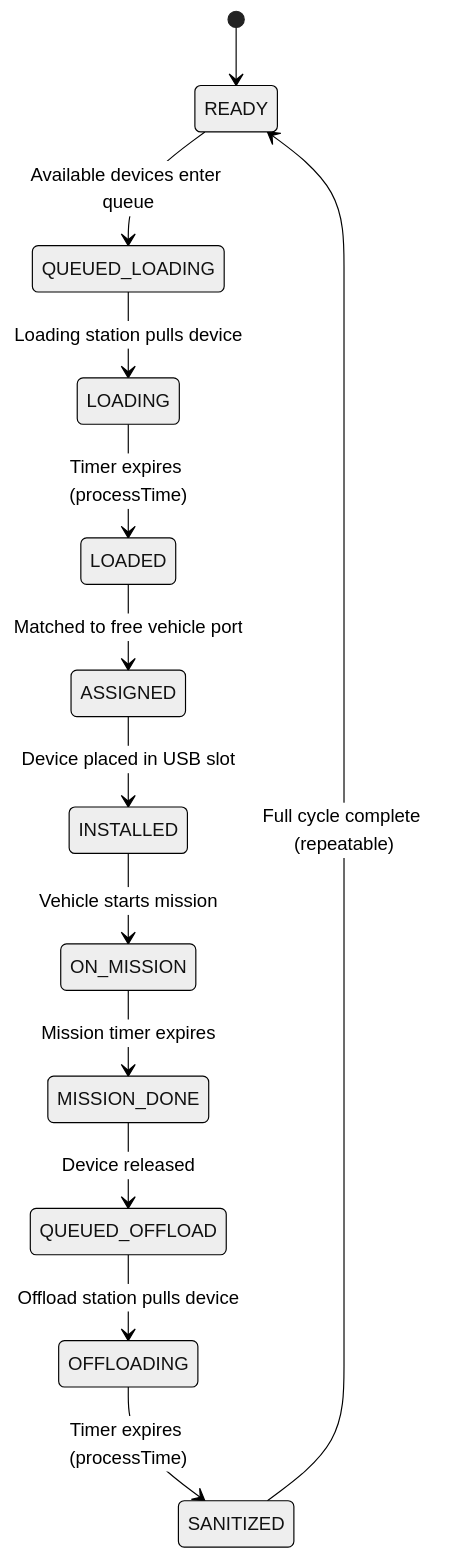
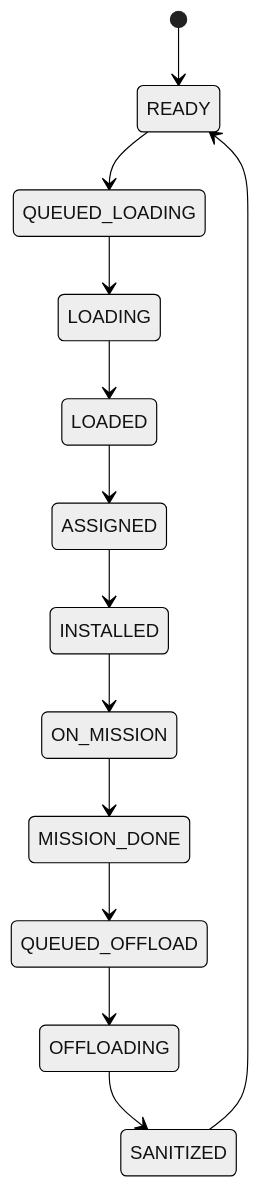
One commit to mowgli42/msd-ops-simulator changed the diagram in README.md. Above: the diagram before and after it, drawn with Mermaid (neutral theme). The commit also changed other lines of this file and 3 other files, not shown here.

````diff
--- a/README.md
+++ b/README.md
@@ -39,15 +34,15 @@
 ```mermaid
 stateDiagram-v2
     [*] --> READY
-    READY --> QUEUED_LOADING : Available devices enter queue
-    QUEUED_LOADING --> LOADING : Loading station pulls device
-    LOADING --> LOADED : Timer expires (processTime)
-    LOADED --> ASSIGNED : Matched to free vehicle port
-    ASSIGNED --> INSTALLED : Device placed in USB slot
-    INSTALLED --> ON_MISSION : Vehicle starts mission
-    ON_MISSION --> MISSION_DONE : Mission timer expires
-    MISSION_DONE --> QUEUED_OFFLOAD : Device released
-    QUEUED_OFFLOAD --> OFFLOADING : Offload station pulls device
-    OFFLOADING --> SANITIZED : Timer expires (processTime)
-    SANITIZED --> READY : Full cycle complete (repeatable)
+    READY --> QUEUED_LOADING
+    QUEUED_LOADING --> LOADING
+    LOADING --> LOADED
+    LOADED --> ASSIGNED
+    ASSIGNED --> INSTALLED
+    INSTALLED --> ON_MISSION
+    ON_MISSION --> MISSION_DONE
+    MISSION_DONE --> QUEUED_OFFLOAD
+    QUEUED_OFFLOAD --> OFFLOADING
+    OFFLOADING --> SANITIZED
+    SANITIZED --> READY
 ```
````
